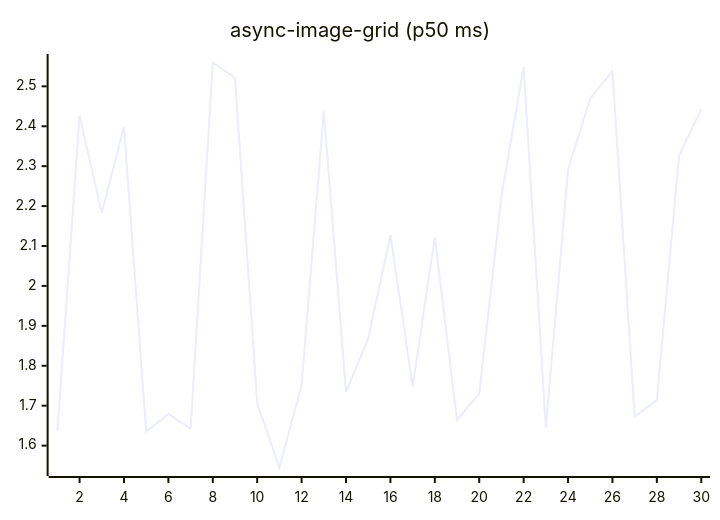
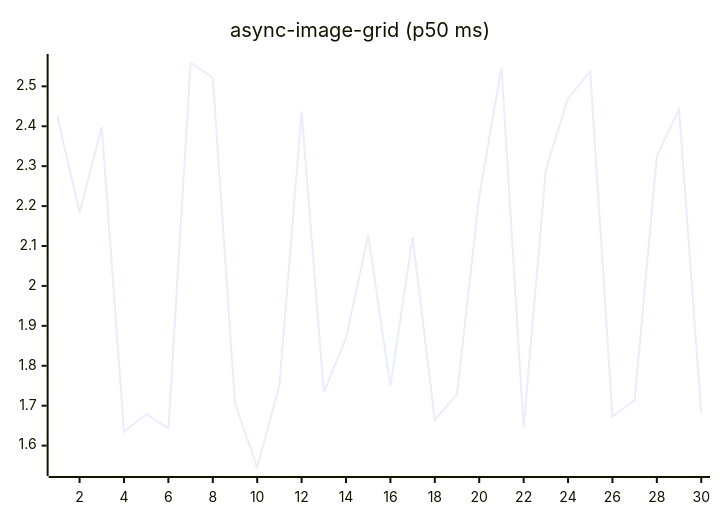
One commit to josha/Facet changed the fifth of 27 diagrams in README.md. Above: the diagram before and after it, drawn with Mermaid. The commit also changed other lines of this file and 2 other files, not shown here.

````diff
--- a/README.md
+++ b/README.md
@@ -91,6 +91,6 @@
 ```mermaid
 xychart-beta
     title "async-image-grid (p50 ms)"
     x-axis 1 --> 30
-    line [1.6357, 2.4260, 2.1835, 2.3985, 1.6346, 1.6792, 1.6424, 2.5597, 2.5214, 1.7066, 1.5452, 1.7512, 2.4372, 1.7341, 1.8684, 2.1272, 1.7487, 2.1221, 1.6642, 1.7295, 2.2238, 2.5483, 1.6449, 2.2910, 2.4702, 2.5376, 1.6727, 1.7140, 2.3260, 2.4429]
+    line [2.4260, 2.1835, 2.3985, 1.6346, 1.6792, 1.6424, 2.5597, 2.5214, 1.7066, 1.5452, 1.7512, 2.4372, 1.7341, 1.8684, 2.1272, 1.7487, 2.1221, 1.6642, 1.7295, 2.2238, 2.5483, 1.6449, 2.2910, 2.4702, 2.5376, 1.6727, 1.7140, 2.3260, 2.4429, 1.6792]
 ```
````
